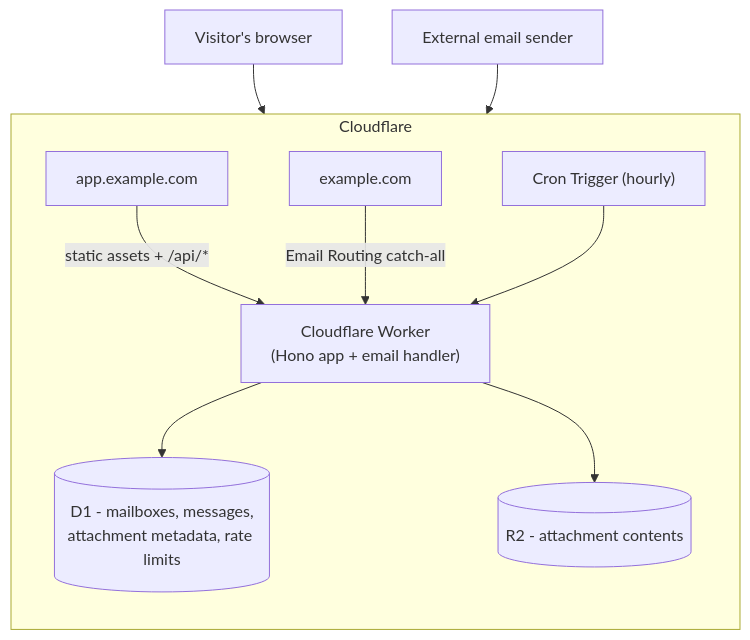
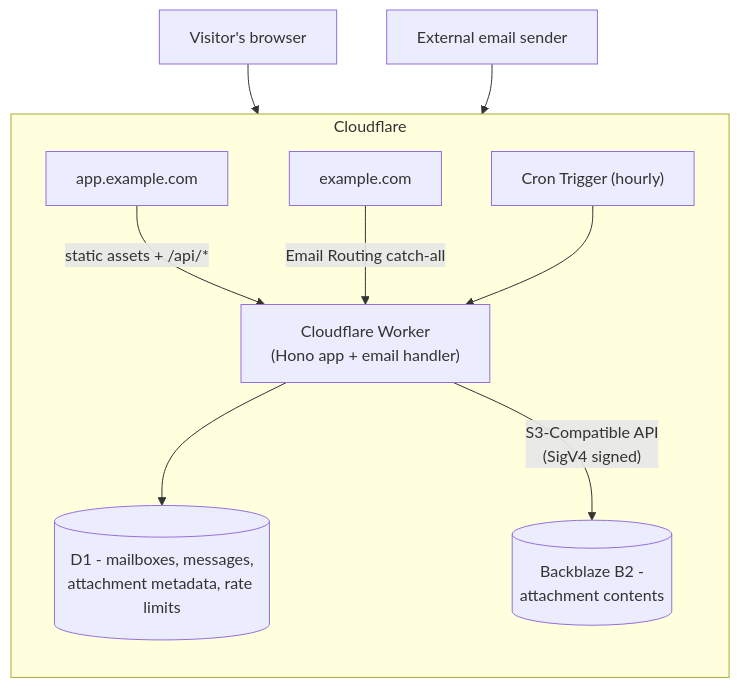
One commit to justinbat22/SubMail changed the diagram in README.md. Above: the diagram before and after it, drawn with Mermaid. The commit also changed other lines of this file and 20 other files, not shown here.

First line of the commit message:
ft: replace Cloudflare R2 with Backblaze B2 for attachment storage

````diff
--- a/README.md
+++ b/README.md
@@ -77,21 +78,21 @@
 ```mermaid
 flowchart TB
     subgraph Cloudflare
         direction TB
         AppDomain["app.example.com"]
         MailDomain["example.com"]
         Worker["Cloudflare Worker\n(Hono app + email handler)"]
         D1[("D1 - mailboxes, messages,\nattachment metadata, rate limits")]
-        R2[("R2 - attachment contents")]
+        B2[("Backblaze B2 -\nattachment contents")]
         Cron["Cron Trigger (hourly)"]
 
         AppDomain -->|"static assets + /api/*"| Worker
         MailDomain -->|"Email Routing catch-all"| Worker
         Worker --> D1
-        Worker --> R2
+        Worker -->|"S3-Compatible API\n(SigV4 signed)"| B2
         Cron --> Worker
     end
 
     Browser["Visitor's browser"] --> AppDomain
     Sender["External email sender"] --> MailDomain
 ```
````
